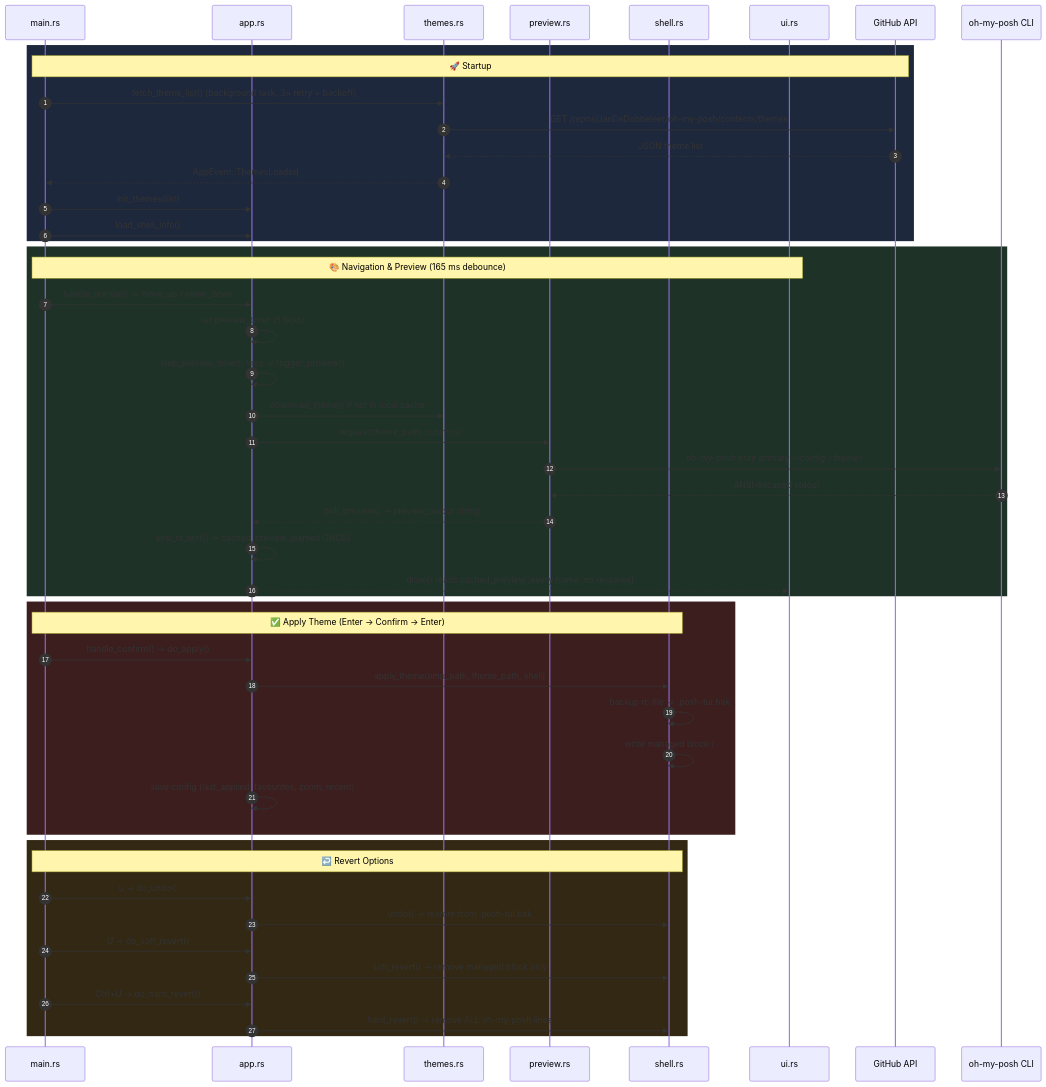
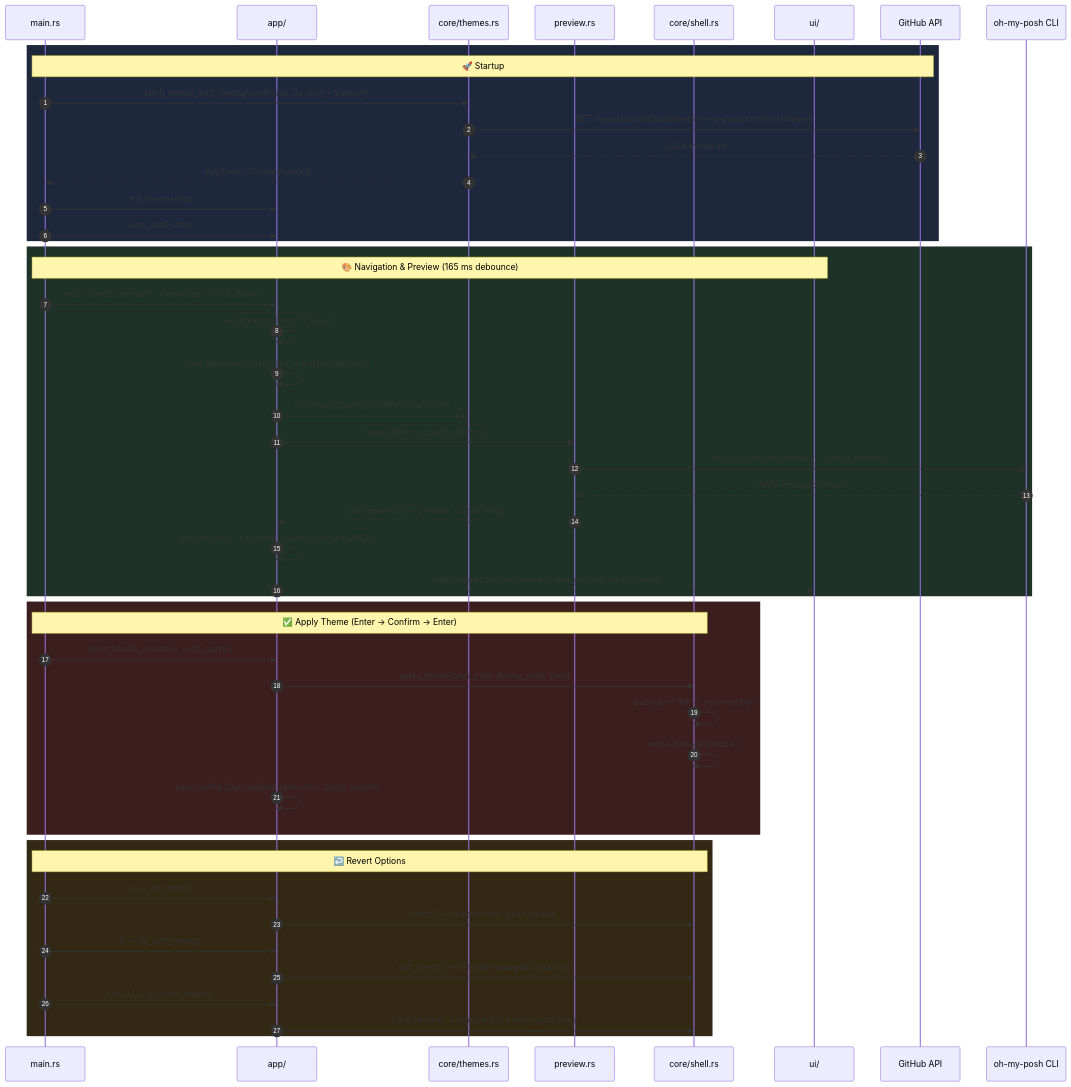
The second of 2 diagrams in DOCUMENTATION.md (RayenBHK/posh-tui), drawn with Mermaid before and after one commit. The commit also changed other lines of this file and 1 other file, not shown here.

````diff
--- a/DOCUMENTATION.md
+++ b/DOCUMENTATION.md
@@ -140,55 +144,55 @@
 ```mermaid
 sequenceDiagram
     autonumber
     participant M  as main.rs
-    participant A  as app.rs
-    participant T  as themes.rs
+    participant A  as app/
+    participant T  as core/themes.rs
     participant PW as preview.rs
-    participant SH as shell.rs
-    participant UI as ui.rs
+    participant SH as core/shell.rs
+    participant UI as ui/
     participant GH as GitHub API
     participant OMP as oh-my-posh CLI
 
     rect rgb(30, 40, 60)
         note over M,GH: 🚀 Startup
         M->>T: fetch_theme_list() [background task, 3× retry + backoff]
         T->>GH: GET /repos/JanDeDobbeleer/oh-my-posh/contents/themes
         GH-->>T: JSON theme list
         T-->>M: AppEvent::ThemesLoaded
         M->>A: init_themes(list)
         M->>A: load_shell_info()
     end
 
     rect rgb(30, 50, 40)
         note over M,UI: 🎨 Navigation & Preview (165 ms debounce)
-        M->>A: handle_normal() → move_up / move_down
+        M->>A: input::handle_normal() → move_up / move_down
         A->>A: set preview_timer (5 ticks)
         A->>A: step_preview_timer() fires → trigger_preview()
         A->>T: download_theme() if not in local cache
         A->>PW: request(theme_path, columns)
         PW->>OMP: oh-my-posh print primary --config <theme>
         OMP-->>PW: ANSI-escaped stdout
         PW-->>A: poll_preview() → preview_output string
         A->>A: ansi_to_text() → cached_preview [parsed ONCE]
         A-->>UI: draw() reads cached_preview [every frame, no re-parse]
     end
 
     rect rgb(60, 30, 30)
         note over M,SH: ✅ Apply Theme  (Enter → Confirm → Enter)
-        M->>A: handle_confirm() → do_apply()
+        M->>A: input::handle_overlay() → do_apply()
         A->>SH: apply_theme(omp_path, theme_path, shell)
         SH->>SH: backup rc file → .posh-tui.bak
         SH->>SH: write managed block (# posh-tui:start … end)
         A->>A: save config (last_applied, favourites, zoom, recent)
     end
 
     rect rgb(50, 40, 20)
         note over M,SH: ↩️ Revert Options
         M->>A: u → do_undo()
         A->>SH: undo() → restore from .posh-tui.bak
         M->>A: U → do_soft_revert()
         A->>SH: soft_revert() → remove managed block only
         M->>A: Ctrl+U → do_hard_revert()
         A->>SH: hard_revert() → remove ALL oh-my-posh lines
     end
 ```
````
